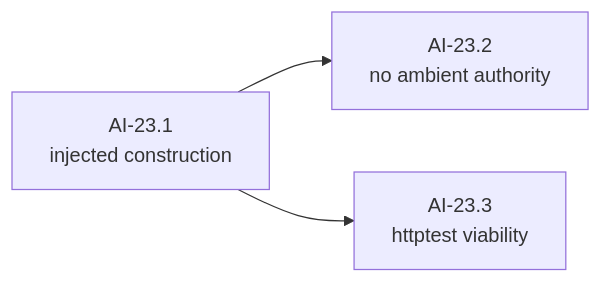
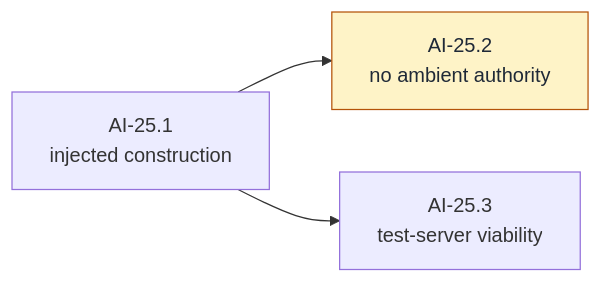
Diagram 17 of 29 in docs/architecture/milestones/0002-cachicamas-ai-layer-1-task-graph.md (witsaba/cachicamas), drawn with Mermaid before and after one commit. The commit also changed other lines of this file, not shown here.

First line of the commit message:
docs: rewrite Layer 1 task graph as a from-zero plan (AI-00 … AI-40)

````diff
--- a/docs/architecture/milestones/0002-cachicamas-ai-layer-1-task-graph.md
+++ b/docs/architecture/milestones/0002-cachicamas-ai-layer-1-task-graph.md
@@ -1046,5 +1438,7 @@
 ```mermaid
 flowchart LR
-    N1["AI-23.1<br/>injected construction"] --> N2["AI-23.2<br/>no ambient authority"]
-    N1 --> N3["AI-23.3<br/>httptest viability"]
+    T1["AI-25.1<br/>injected construction"] --> T2["AI-25.2<br/>no ambient authority"]
+    T1 --> T3["AI-25.3<br/>test-server viability"]
+    classDef g fill:#fef3c7,stroke:#b45309,color:#1f2937
+    class T2 g
 ```
````
